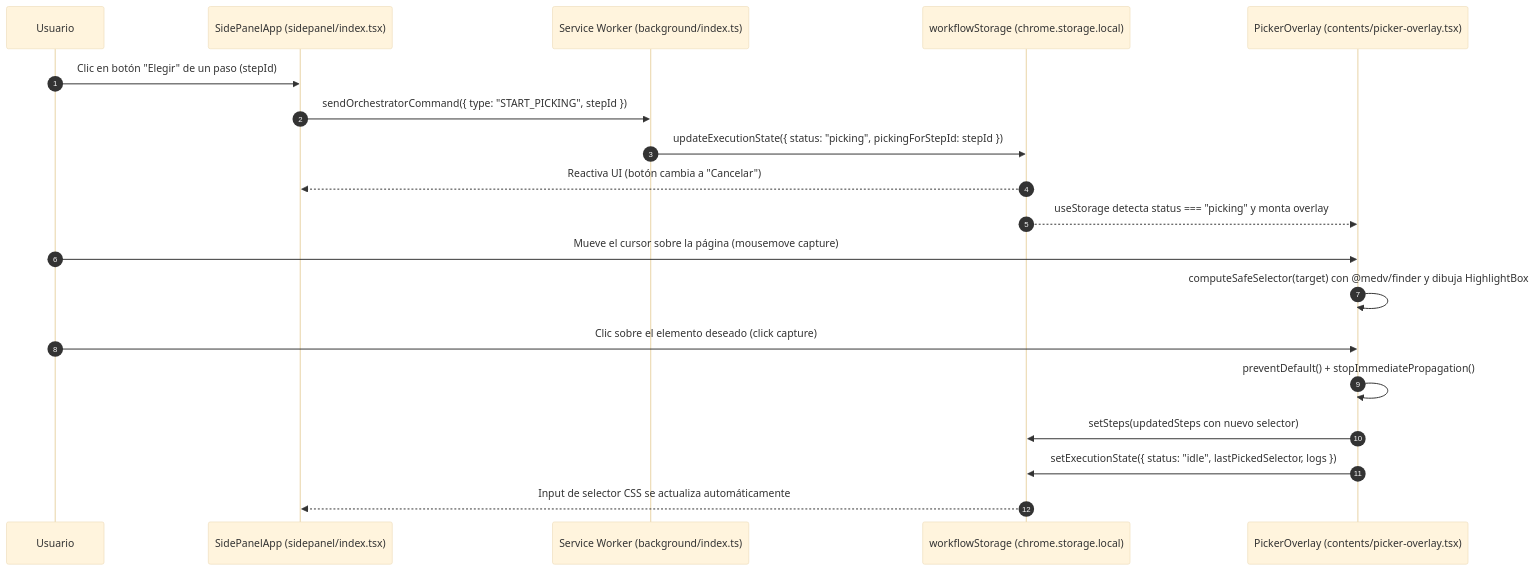
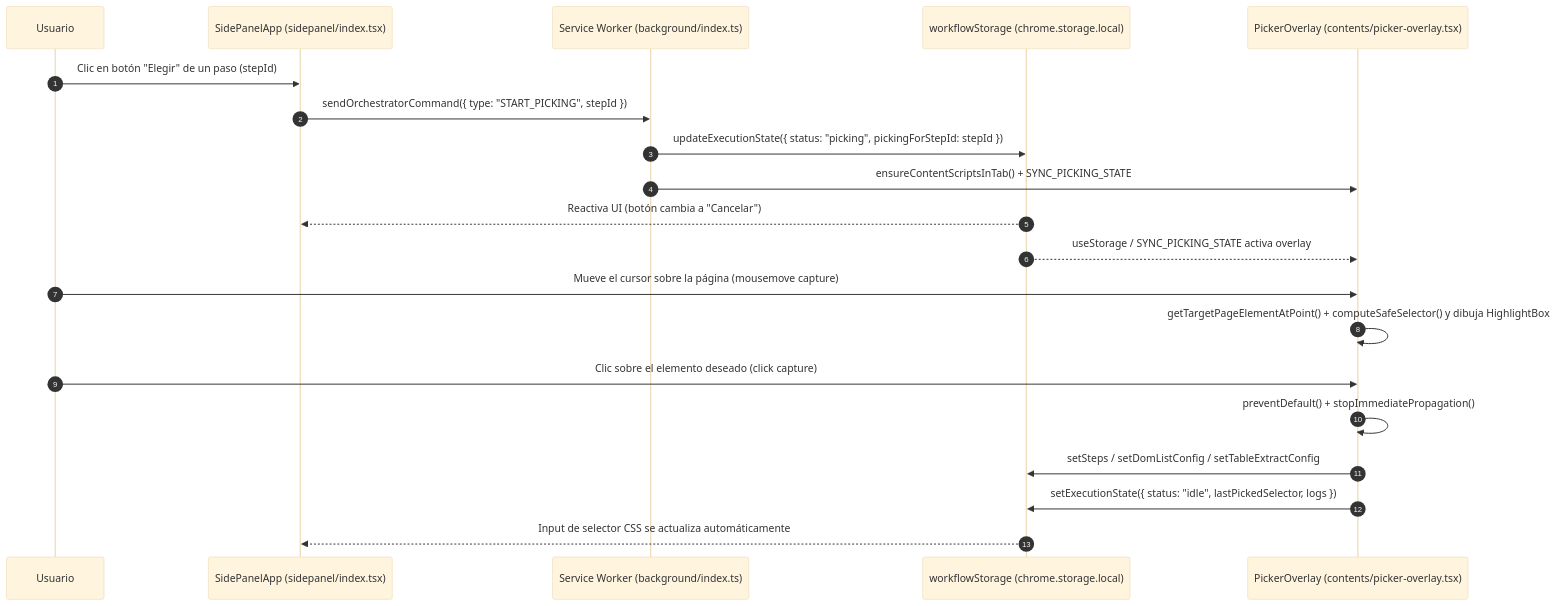
The second of 4 diagrams in docs/01-arquitectura-y-flujo.md (cccg8105/cccg_web_extension), drawn with Mermaid (base theme) before and after one commit. The commit also changed other lines of this file and 36 other files, not shown here.

````diff
--- a/docs/01-arquitectura-y-flujo.md
+++ b/docs/01-arquitectura-y-flujo.md
@@ -64,22 +64,23 @@
 ```mermaid
 sequenceDiagram
   autonumber
   participant User as Usuario
   participant SidePanel as SidePanelApp (sidepanel/index.tsx)
   participant BG as Service Worker (background/index.ts)
   participant Storage as workflowStorage (chrome.storage.local)
   participant Picker as PickerOverlay (contents/picker-overlay.tsx)
 
   User->>SidePanel: Clic en botón "Elegir" de un paso (stepId)
   SidePanel->>BG: sendOrchestratorCommand({ type: "START_PICKING", stepId })
   BG->>Storage: updateExecutionState({ status: "picking", pickingForStepId: stepId })
+  BG->>Picker: ensureContentScriptsInTab() + SYNC_PICKING_STATE
   Storage-->>SidePanel: Reactiva UI (botón cambia a "Cancelar")
-  Storage-->>Picker: useStorage detecta status === "picking" y monta overlay
+  Storage-->>Picker: useStorage / SYNC_PICKING_STATE activa overlay
   User->>Picker: Mueve el cursor sobre la página (mousemove capture)
-  Picker->>Picker: computeSafeSelector(target) con @medv/finder y dibuja HighlightBox
+  Picker->>Picker: getTargetPageElementAtPoint() + computeSafeSelector() y dibuja HighlightBox
   User->>Picker: Clic sobre el elemento deseado (click capture)
   Picker->>Picker: preventDefault() + stopImmediatePropagation()
-  Picker->>Storage: setSteps(updatedSteps con nuevo selector)
+  Picker->>Storage: setSteps / setDomListConfig / setTableExtractConfig
   Picker->>Storage: setExecutionState({ status: "idle", lastPickedSelector, logs })
   Storage-->>SidePanel: Input de selector CSS se actualiza automáticamente
 ```
````
